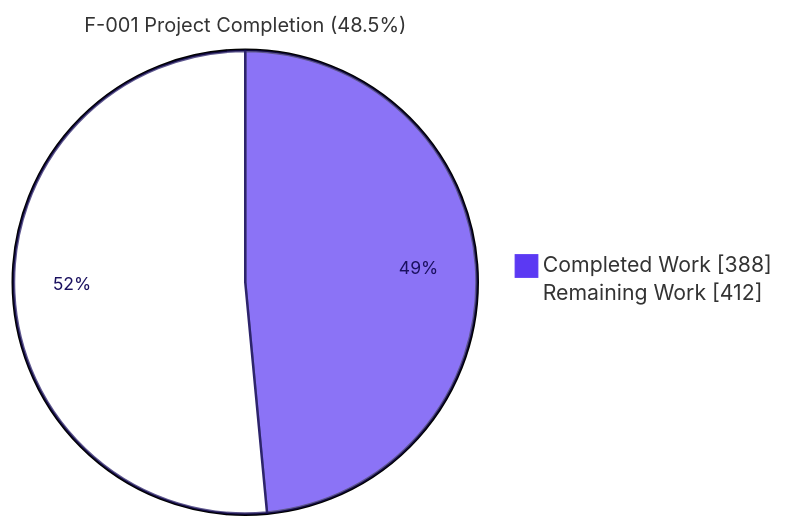
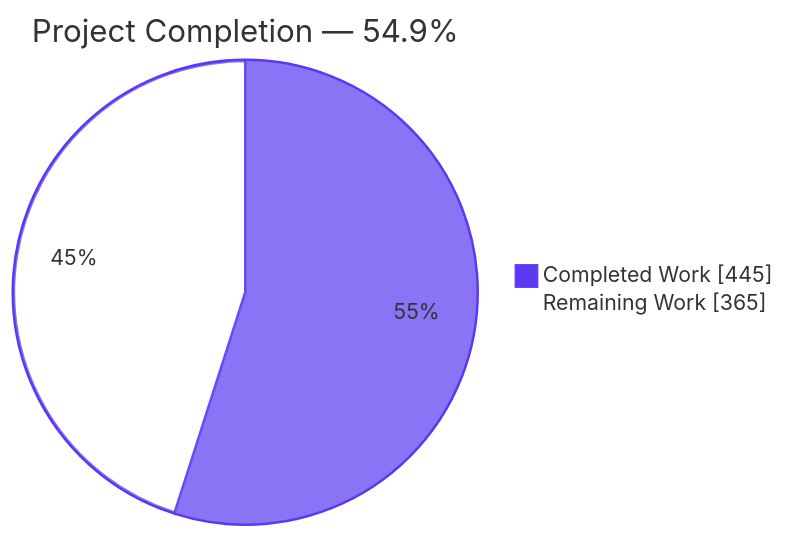
One commit to Blitzy-Sandbox/blitzy-spark changed the first of 3 diagrams in blitzy/documentation/Project Guide.md. Above: the diagram before and after it, drawn with Mermaid. The commit also changed other lines of this file, not shown here.

Commit message:
Adding Blitzy Project Guide: Project Status and Human Tasks Remaining

````diff
--- a/blitzy/documentation/Project Guide.md
+++ b/blitzy/documentation/Project Guide.md
@@ -17,6 +18,7 @@
 ```mermaid
-%%{init: {'theme':'base', 'themeVariables': { 'pie1': '#5B39F3', 'pie2': '#FFFFFF', 'pieStrokeColor': '#1A105F', 'pieTitleTextSize': '16px', 'pieSectionTextSize': '14px', 'pieSectionTextColor': '#1A105F'}}}%%
-pie showData title F-001 Project Completion (48.5%)
-    "Completed Work" : 388
-    "Remaining Work" : 412
+%%{init: {'theme':'base', 'themeVariables': {'pie1':'#5B39F3', 'pie2':'#FFFFFF', 'pieStrokeColor':'#5B39F3', 'pieOuterStrokeColor':'#5B39F3'}}}%%
+pie showData
+    title Project Completion — 54.9%
+    "Completed Work" : 445
+    "Remaining Work" : 365
 ```
````
